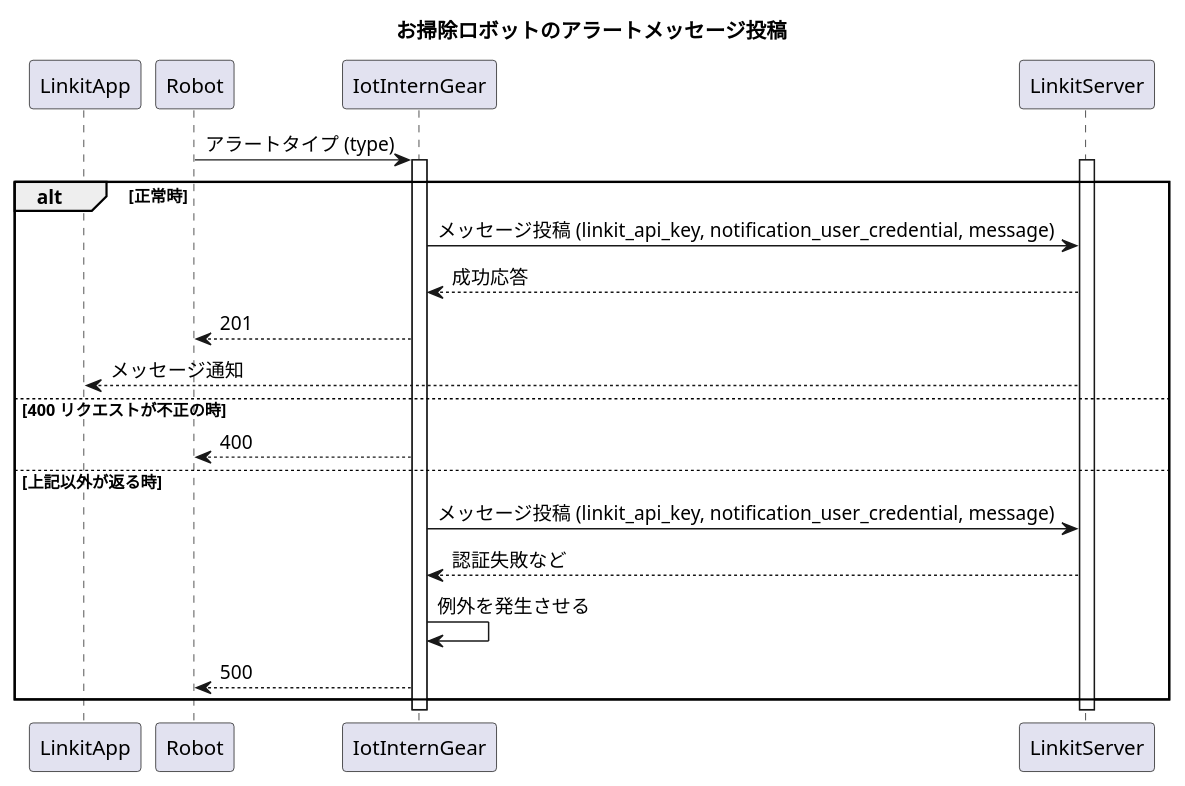
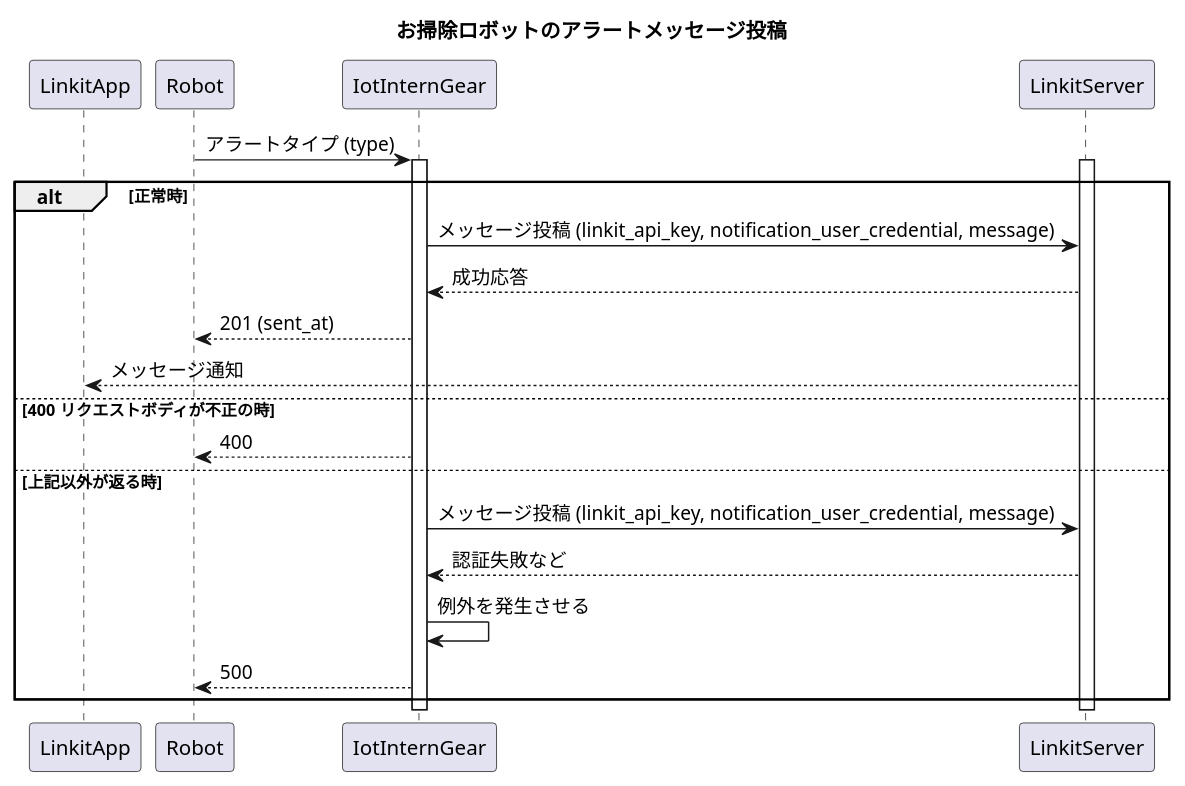
Before and after one commit to access-company/IoTIntern: the diagram in doc/sequence.puml, drawn with PlantUML. The commit also changed 2 other files, not shown here.

```diff
--- a/doc/sequence.puml
+++ b/doc/sequence.puml
@@ -1,27 +1,27 @@
 @startuml SequenceDiagram
 title: お掃除ロボットのアラートメッセージ投稿
 
 participant LinkitApp
 participant Robot
 participant IotInternGear
 participant LinkitServer
 
 Robot -> IotInternGear: アラートタイプ (type)
 activate IotInternGear
 activate LinkitServer
 alt 正常時
     IotInternGear -> LinkitServer: メッセージ投稿 (linkit_api_key, notification_user_credential, message)
     IotInternGear <-- LinkitServer: 成功応答
-    Robot <-- IotInternGear: 201
+    Robot <-- IotInternGear: 201 (sent_at)
     LinkitApp <-- LinkitServer: メッセージ通知
-else 400 リクエストが不正の時
+else 400 リクエストボディが不正の時
     Robot <-- IotInternGear: 400
 else 上記以外が返る時
     IotInternGear -> LinkitServer: メッセージ投稿 (linkit_api_key, notification_user_credential, message)
     IotInternGear <-- LinkitServer: 認証失敗など
     IotInternGear -> IotInternGear: 例外を発生させる
     Robot <-- IotInternGear: 500
 end
 deactivate IotInternGear
 deactivate LinkitServer
 @enduml
```
